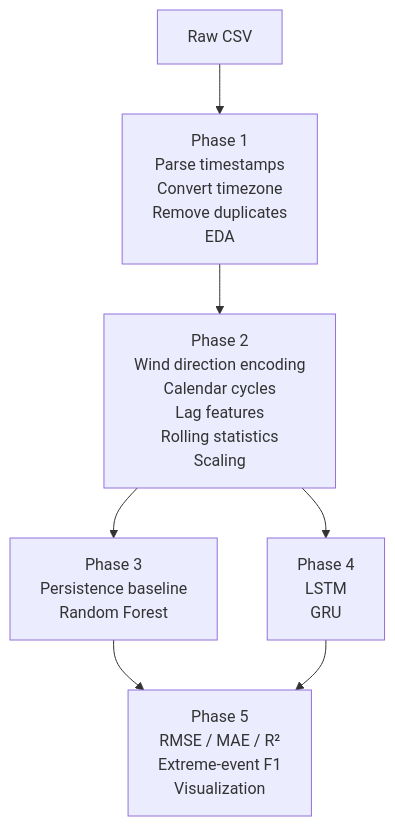
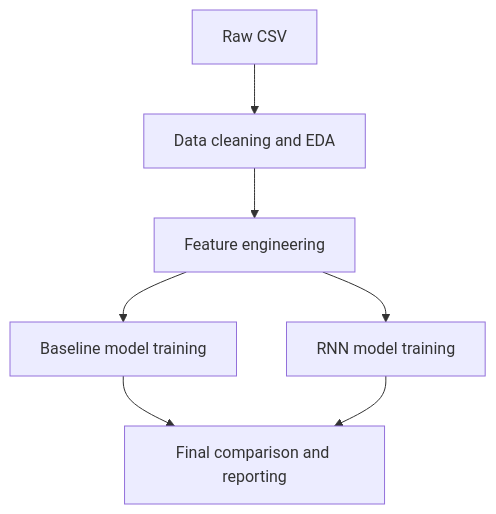
The diagram in docs/METHODOLOGY.md (Kushh-19/Climate), drawn with Mermaid before and after one commit. The commit also changed other lines of this file and 37 other files, not shown here.

````diff
--- a/docs/METHODOLOGY.md
+++ b/docs/METHODOLOGY.md
@@ -33,9 +31,9 @@
 ```mermaid
 flowchart TD
-    A["Raw CSV"] --> B["Phase 1<br/>Parse timestamps<br/>Convert timezone<br/>Remove duplicates<br/>EDA"]
-    B --> C["Phase 2<br/>Wind direction encoding<br/>Calendar cycles<br/>Lag features<br/>Rolling statistics<br/>Scaling"]
-    C --> D["Phase 3<br/>Persistence baseline<br/>Random Forest"]
-    C --> E["Phase 4<br/>LSTM<br/>GRU"]
-    D --> F["Phase 5<br/>RMSE / MAE / R²<br/>Extreme-event F1<br/>Visualization"]
+    A["Raw CSV"] --> B["Data cleaning and EDA"]
+    B --> C["Feature engineering"]
+    C --> D["Baseline model training"]
+    C --> E["RNN model training"]
+    D --> F["Final comparison and reporting"]
     E --> F
 ```
````
